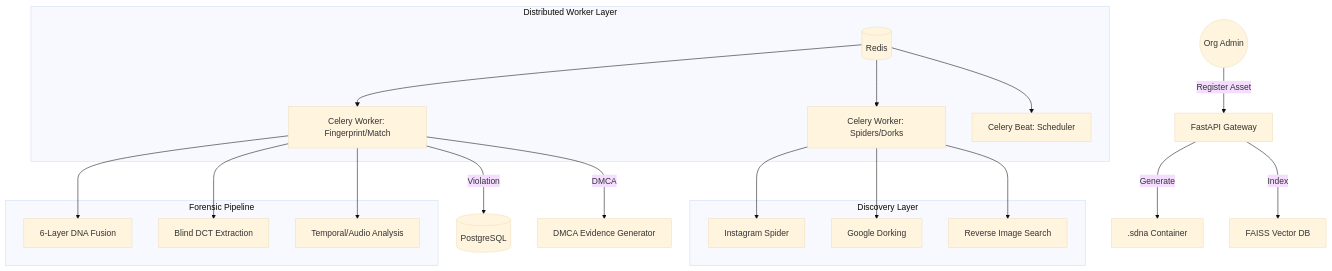
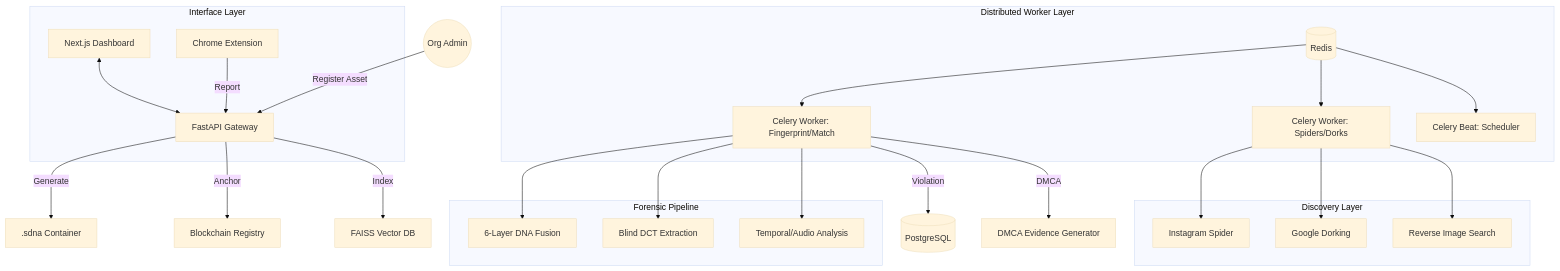
The diagram in README.md (shinchxn/Real-Time-tracking), drawn with Mermaid (base theme) before and after one commit. The commit also changed other lines of this file, not shown here.

Commit message:
docs: update README to reflect Blockchain, Dashboard, Extension, and Viral Tracking components

````diff
--- a/README.md
+++ b/README.md
@@ -40,27 +45,33 @@
 ```mermaid
 graph TD
     User((Org Admin)) -->|Register Asset| API[FastAPI Gateway]
     API -->|Generate| SDNA[.sdna Container]
+    API -->|Anchor| BC[Blockchain Registry]
     API -->|Index| FAISS[FAISS Vector DB]
     
     subgraph "Distributed Worker Layer"
         Redis[(Redis)] --> Worker[Celery Worker: Fingerprint/Match]
         Redis --> Crawler[Celery Worker: Spiders/Dorks]
         Redis --> Beat[Celery Beat: Scheduler]
+    end
+    
+    subgraph "Interface Layer"
+        Dash[Next.js Dashboard] <--> API
+        Ext[Chrome Extension] -->|Report| API
     end
     
     subgraph "Discovery Layer"
         Crawler --> IG[Instagram Spider]
         Crawler --> Dork[Google Dorking]
         Crawler --> RIS[Reverse Image Search]
     end
     
     subgraph "Forensic Pipeline"
         Worker --> DNA[6-Layer DNA Fusion]
         Worker --> Blind[Blind DCT Extraction]
         Worker --> Analog[Temporal/Audio Analysis]
     end
     
     Worker -->|Violation| DB[(PostgreSQL)]
     Worker -->|DMCA| Gen[DMCA Evidence Generator]
 ```
````
